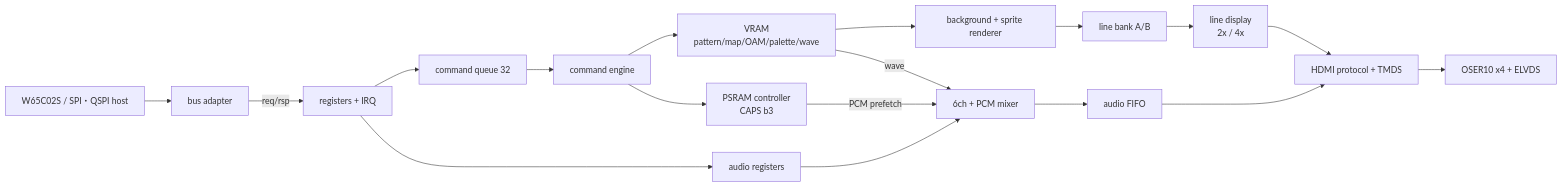
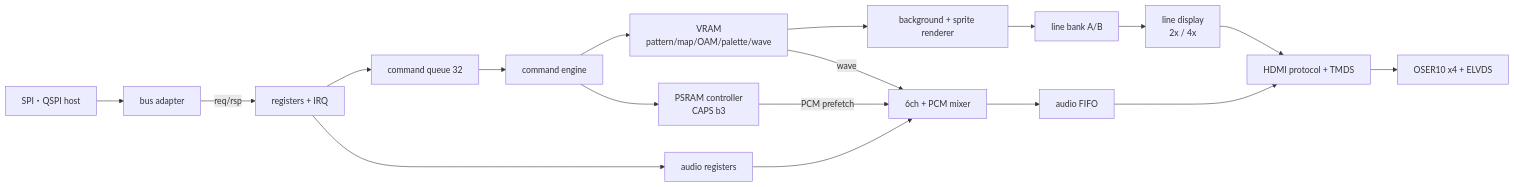
Before and after one commit to siska-tech/kagura: the diagram in docs/architecture.md, drawn with Mermaid. The commit also changed other lines of this file and 82 other files, not shown here.

````diff
--- a/docs/architecture.md
+++ b/docs/architecture.md
@@ -21,20 +21,20 @@
 ```mermaid
 flowchart LR
-    HOST[W65C02S / SPI・QSPI host] --> BUS[bus adapter]
+    HOST[SPI・QSPI host] --> BUS[bus adapter]
     BUS -->|req/rsp| REG[registers + IRQ]
     REG --> Q[command queue 32]
     Q --> ENG[command engine]
     ENG --> VRAM[VRAM<br/>pattern/map/OAM/palette/wave]
     ENG --> PSRAM[PSRAM controller<br/>CAPS b3]
     VRAM --> REN[background + sprite renderer]
     REN --> LB[line bank A/B]
     LB --> DISP[line display<br/>2x / 4x]
     DISP --> HDMI[HDMI protocol + TMDS]
     REG --> AREG[audio registers]
     AREG --> SYN[6ch + PCM mixer]
     VRAM -->|wave| SYN
     PSRAM -->|PCM prefetch| SYN
     SYN --> AF[audio FIFO]
     AF --> HDMI
     HDMI --> SER[OSER10 x4 + ELVDS]
 ```
````
